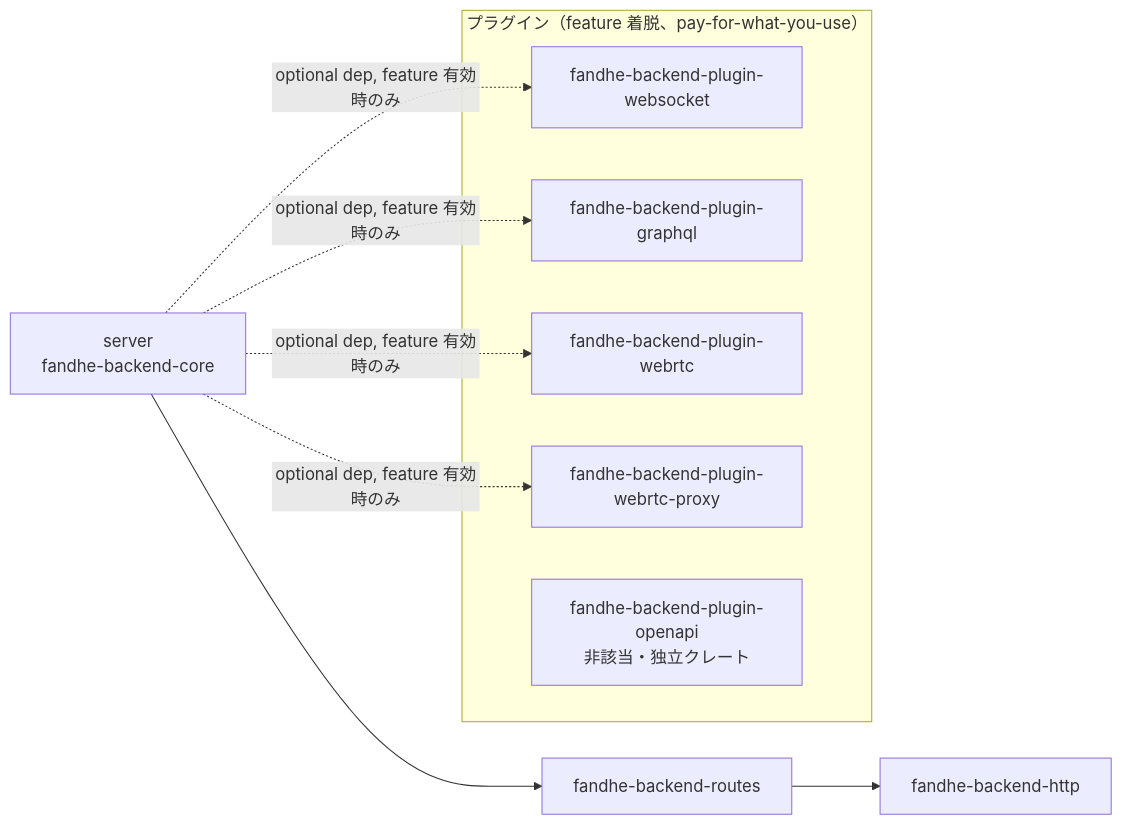
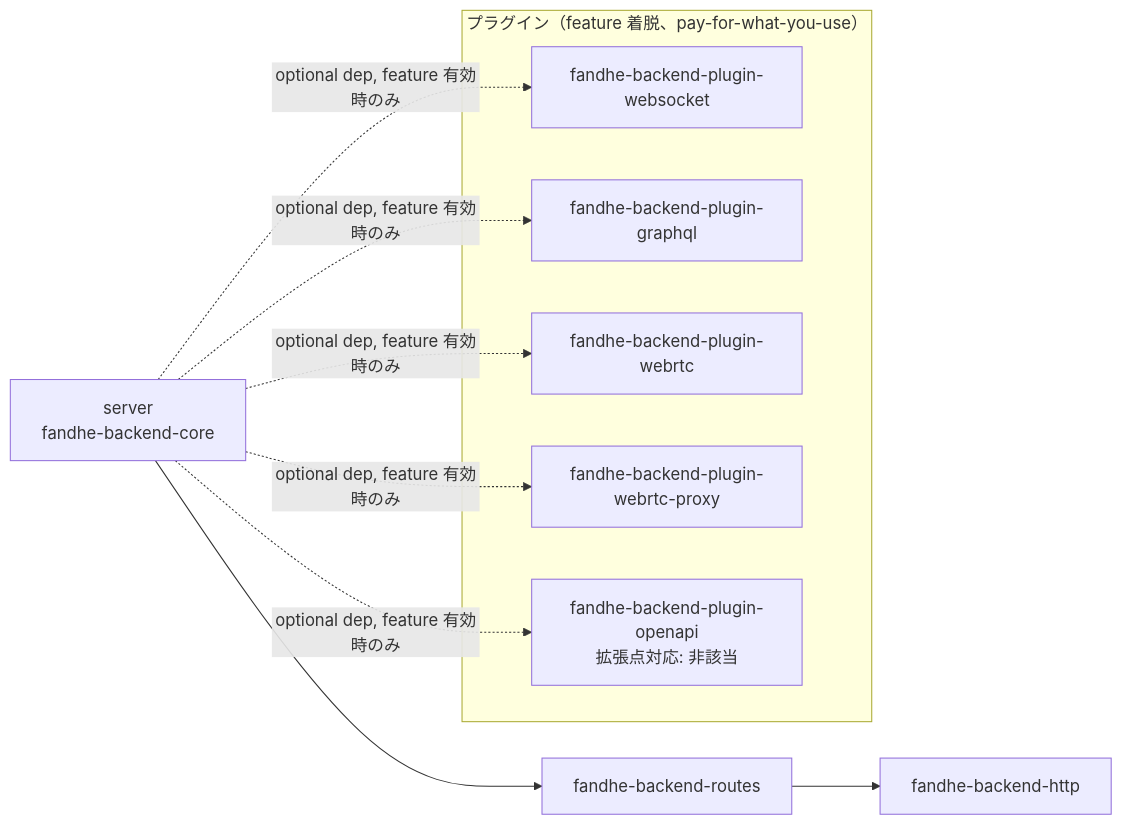
Before and after one commit to Fandhe-AI/fandhe-backend: the diagram in docs/design/dependency-graph-contract.md, drawn with Mermaid. The commit also changed other lines of this file and 10 other files, not shown here.

First line of the commit message:
build(core): openapi feature を crates/core へ dep: 構文で配線する (#256)

````diff
--- a/docs/design/dependency-graph-contract.md
+++ b/docs/design/dependency-graph-contract.md
@@ -29,18 +29,19 @@
 ```mermaid
 graph LR
     server[server<br/>fandhe-backend-core] --> routes[fandhe-backend-routes]
     routes --> http[fandhe-backend-http]
 
     server -.->|optional dep, feature 有効時のみ| ws[fandhe-backend-plugin-websocket]
     server -.->|optional dep, feature 有効時のみ| gql[fandhe-backend-plugin-graphql]
     server -.->|optional dep, feature 有効時のみ| rtc[fandhe-backend-plugin-webrtc]
     server -.->|optional dep, feature 有効時のみ| rtcproxy[fandhe-backend-plugin-webrtc-proxy]
+    server -.->|optional dep, feature 有効時のみ| openapi[fandhe-backend-plugin-openapi<br/>拡張点対応: 非該当]
 
     subgraph "プラグイン（feature 着脱、pay-for-what-you-use）"
         ws
         gql
         rtc
         rtcproxy
-        openapi[fandhe-backend-plugin-openapi<br/>非該当・独立クレート]
+        openapi
     end
 ```
````
